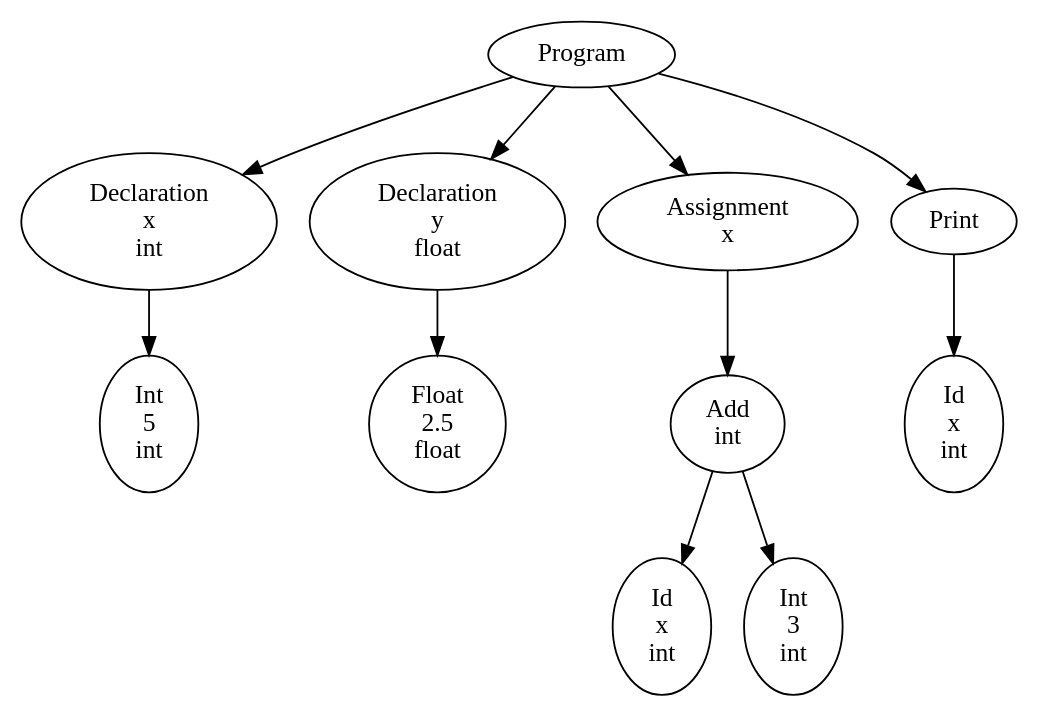
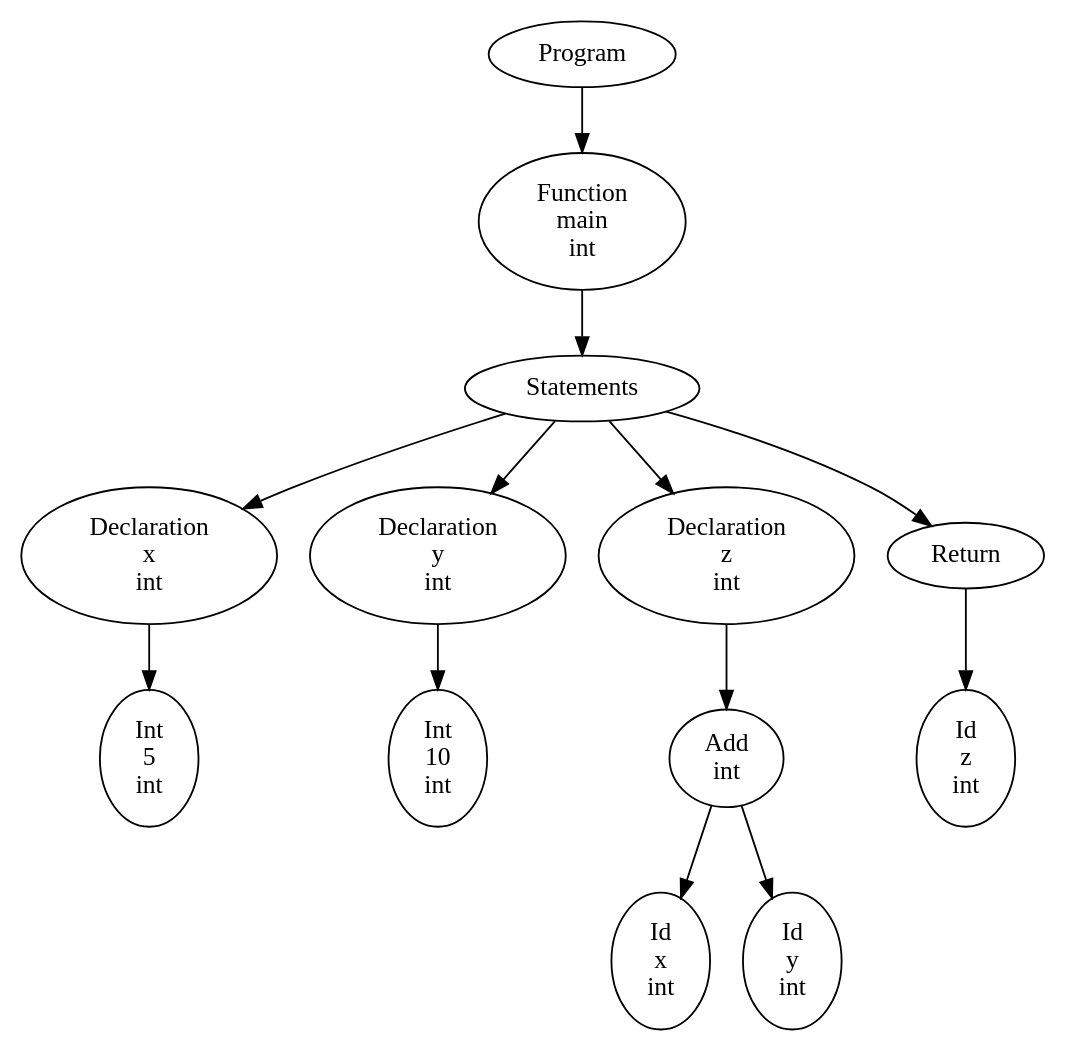
Before and after one commit to tomasbh7/Compiladores: the diagram in practica6/ast.dot, drawn with Graphviz. The commit also changed 2 other files, not shown here.

```diff
--- a/practica6/ast.dot
+++ b/practica6/ast.dot
@@ -1,23 +1,27 @@
 digraph AST {
   node0 [label="Program"];
-  node1 [label="Declaration\nx\nint"];
-  node2 [label="Int\n5\nint"];
+  node1 [label="Function\nmain\nint"];
+  node2 [label="Statements"];
+  node3 [label="Declaration\nx\nint"];
+  node4 [label="Int\n5\nint"];
+  node3 -> node4;
+  node2 -> node3;
+  node5 [label="Declaration\ny\nint"];
+  node6 [label="Int\n10\nint"];
+  node5 -> node6;
+  node2 -> node5;
+  node7 [label="Declaration\nz\nint"];
+  node8 [label="Add\nint"];
+  node9 [label="Id\nx\nint"];
+  node8 -> node9;
+  node10 [label="Id\ny\nint"];
+  node8 -> node10;
+  node7 -> node8;
+  node2 -> node7;
+  node11 [label="Return"];
+  node12 [label="Id\nz\nint"];
+  node11 -> node12;
+  node2 -> node11;
   node1 -> node2;
   node0 -> node1;
-  node3 [label="Declaration\ny\nfloat"];
-  node4 [label="Float\n2.5\nfloat"];
-  node3 -> node4;
-  node0 -> node3;
-  node5 [label="Assignment\nx"];
-  node6 [label="Add\nint"];
-  node7 [label="Id\nx\nint"];
-  node6 -> node7;
-  node8 [label="Int\n3\nint"];
-  node6 -> node8;
-  node5 -> node6;
-  node0 -> node5;
-  node9 [label="Print"];
-  node10 [label="Id\nx\nint"];
-  node9 -> node10;
-  node0 -> node9;
 }
```
